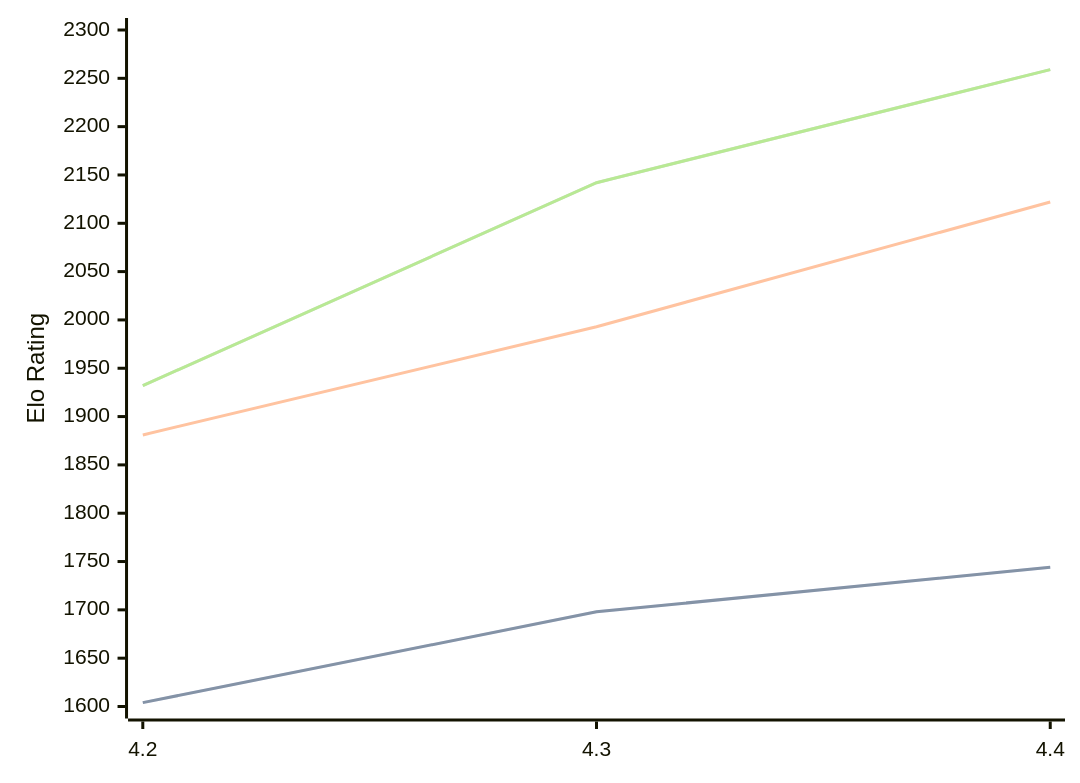
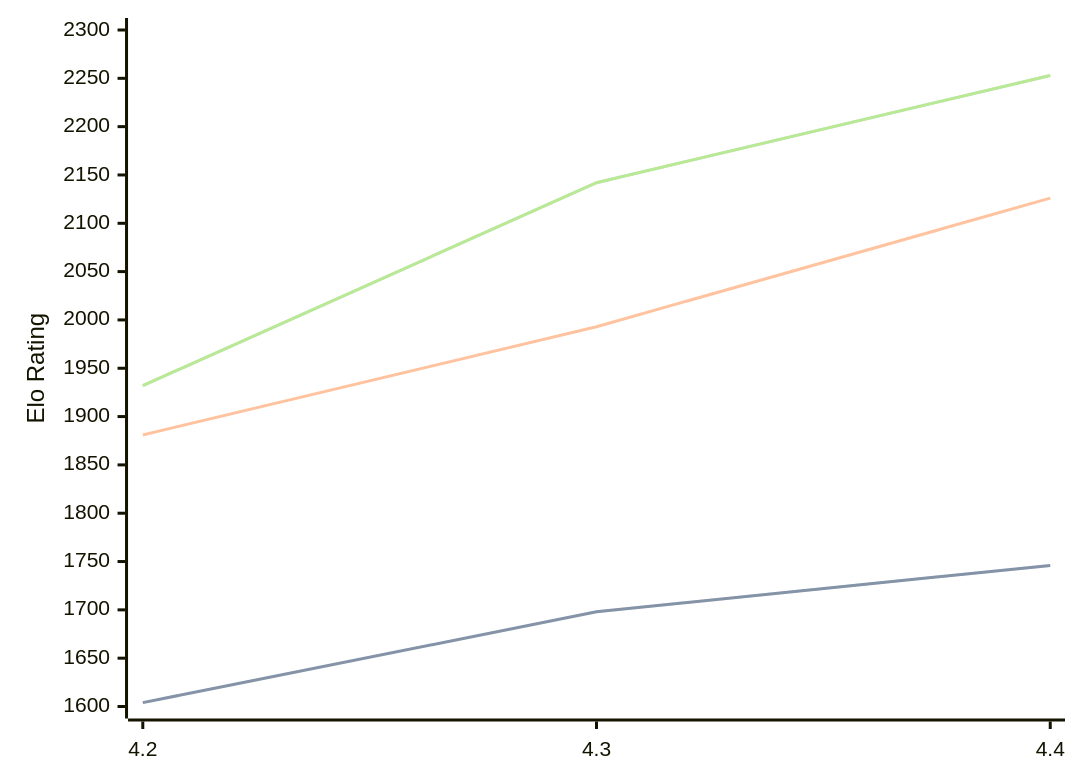
One commit to computer-chess-index/cci changed the diagram in engines/Radiance.md. Above: the diagram before and after it, drawn with Mermaid. The commit also changed other lines of this file, not shown here.

Commit message:
Update CCI Ratings (ELO VLTC) - 2026-05-07

````diff
--- a/engines/Radiance.md
+++ b/engines/Radiance.md
@@ -36,11 +36,11 @@
 ```mermaid
 %%{init: {"theme":"base","themeVariables":{"seriesColors:['#a3a3a3','#222221','#faa371']}}}%%
 xychart-beta
   x-axis ["4.2", "4.3", "4.4"]
   y-axis "Elo Rating" 1600 --> 2300
-  line "STC (8.0+0.08s)" [1604, 1698, 1744]
-  line "STC (8.0+0.08s)" [1604, 1698, 1744]
-  line "LTC (60.0+0.60s)" [1881, 1993, 2122]
-  line "VLTC (2m24s+1.12s)" [1932, 2142, 2259]
-  line "VLTC (2m24s+1.12s)" [1932, 2142, 2259]
+  line "STC (8.0+0.08s)" [1604, 1698, 1746]
+  line "STC (8.0+0.08s)" [1604, 1698, 1746]
+  line "LTC (60.0+0.60s)" [1881, 1993, 2126]
+  line "VLTC (2m24s+1.12s)" [1932, 2142, 2253]
+  line "VLTC (2m24s+1.12s)" [1932, 2142, 2253]
 ```
````
